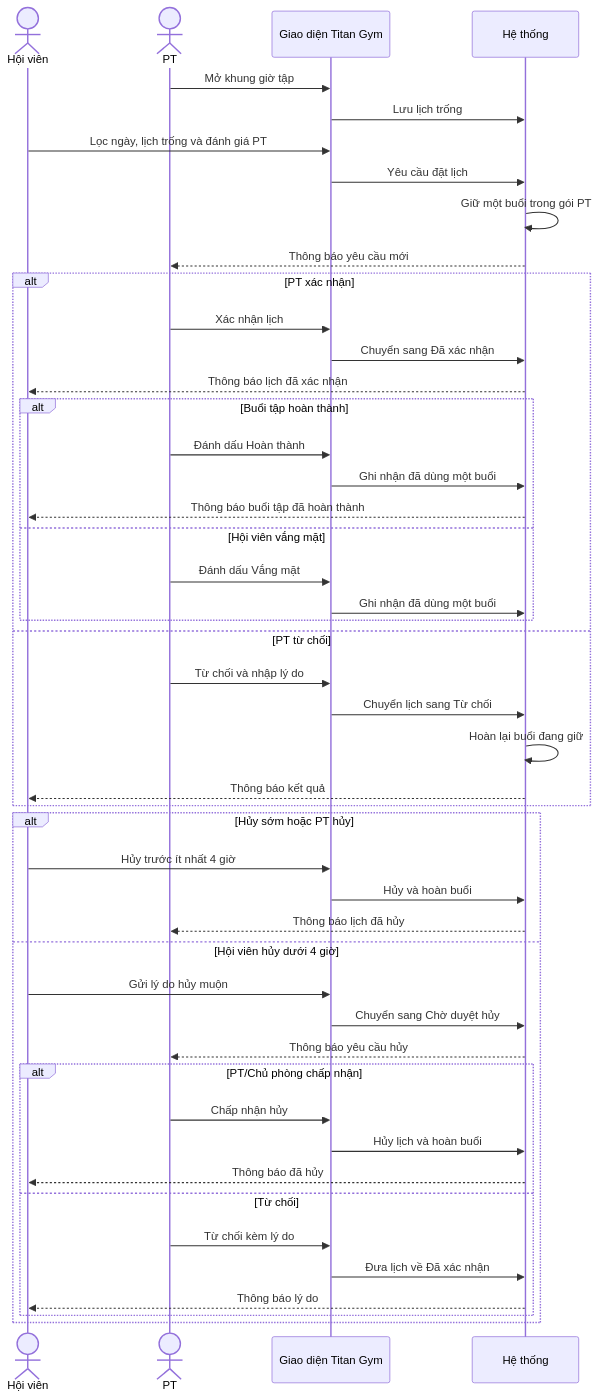
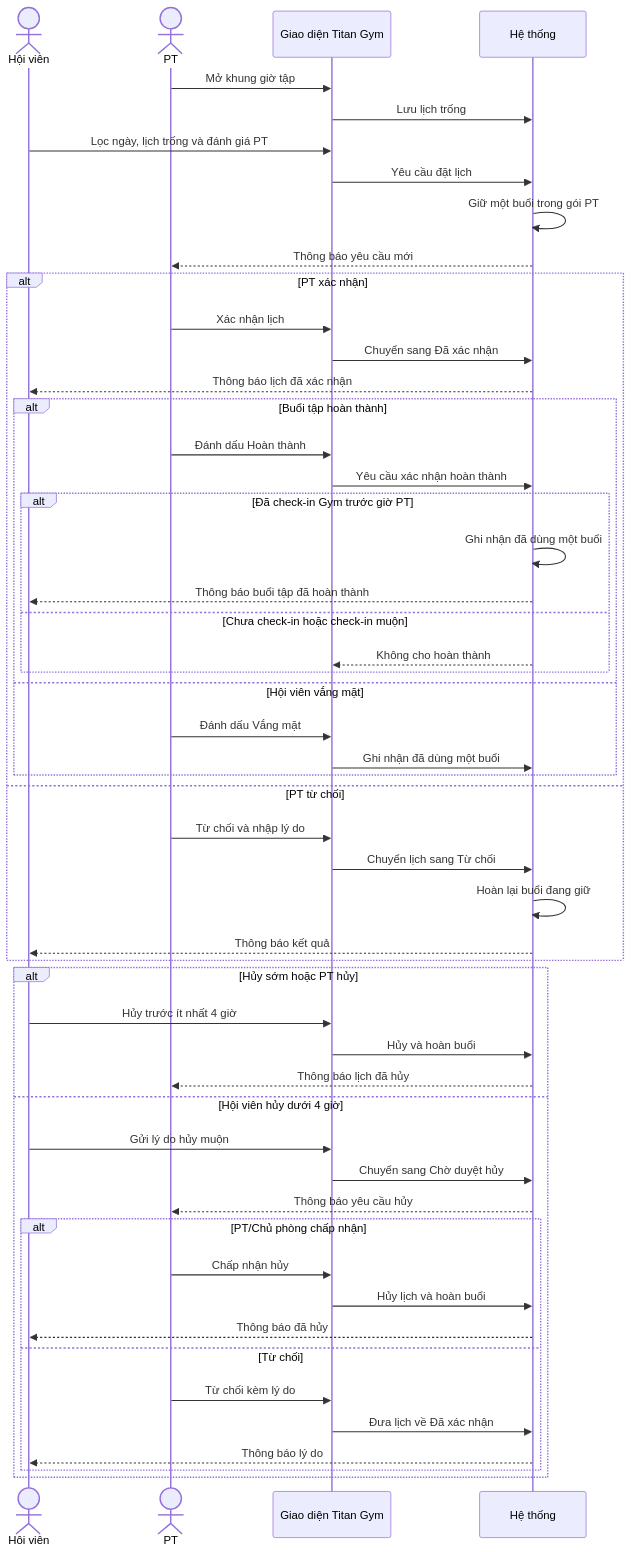
The third of 5 diagrams in docs/06-UML-Diagrams/Sequences.md (vhoanglong54/CNPM_GYM), drawn with Mermaid before and after one commit. The commit also changed other lines of this file and 10 other files, not shown here.

````diff
--- a/docs/06-UML-Diagrams/Sequences.md
+++ b/docs/06-UML-Diagrams/Sequences.md
@@ -69,52 +69,57 @@
 ```mermaid
 sequenceDiagram
   actor M as Hội viên
   actor T as PT
   participant UI as Giao diện Titan Gym
   participant SYS as Hệ thống
 
   T->>UI: Mở khung giờ tập
   UI->>SYS: Lưu lịch trống
   M->>UI: Lọc ngày, lịch trống và đánh giá PT
   UI->>SYS: Yêu cầu đặt lịch
   SYS->>SYS: Giữ một buổi trong gói PT
   SYS-->>T: Thông báo yêu cầu mới
 
   alt PT xác nhận
     T->>UI: Xác nhận lịch
     UI->>SYS: Chuyển sang Đã xác nhận
     SYS-->>M: Thông báo lịch đã xác nhận
     alt Buổi tập hoàn thành
       T->>UI: Đánh dấu Hoàn thành
-      UI->>SYS: Ghi nhận đã dùng một buổi
-      SYS-->>M: Thông báo buổi tập đã hoàn thành
+      UI->>SYS: Yêu cầu xác nhận hoàn thành
+      alt Đã check-in Gym trước giờ PT
+        SYS->>SYS: Ghi nhận đã dùng một buổi
+        SYS-->>M: Thông báo buổi tập đã hoàn thành
+      else Chưa check-in hoặc check-in muộn
+        SYS-->>UI: Không cho hoàn thành
+      end
     else Hội viên vắng mặt
       T->>UI: Đánh dấu Vắng mặt
       UI->>SYS: Ghi nhận đã dùng một buổi
     end
   else PT từ chối
     T->>UI: Từ chối và nhập lý do
     UI->>SYS: Chuyển lịch sang Từ chối
     SYS->>SYS: Hoàn lại buổi đang giữ
     SYS-->>M: Thông báo kết quả
   end
 
   alt Hủy sớm hoặc PT hủy
     M->>UI: Hủy trước ít nhất 4 giờ
     UI->>SYS: Hủy và hoàn buổi
     SYS-->>T: Thông báo lịch đã hủy
   else Hội viên hủy dưới 4 giờ
     M->>UI: Gửi lý do hủy muộn
     UI->>SYS: Chuyển sang Chờ duyệt hủy
     SYS-->>T: Thông báo yêu cầu hủy
     alt PT/Chủ phòng chấp nhận
       T->>UI: Chấp nhận hủy
       UI->>SYS: Hủy lịch và hoàn buổi
       SYS-->>M: Thông báo đã hủy
     else Từ chối
       T->>UI: Từ chối kèm lý do
       UI->>SYS: Đưa lịch về Đã xác nhận
       SYS-->>M: Thông báo lý do
     end
   end
 ```
````
